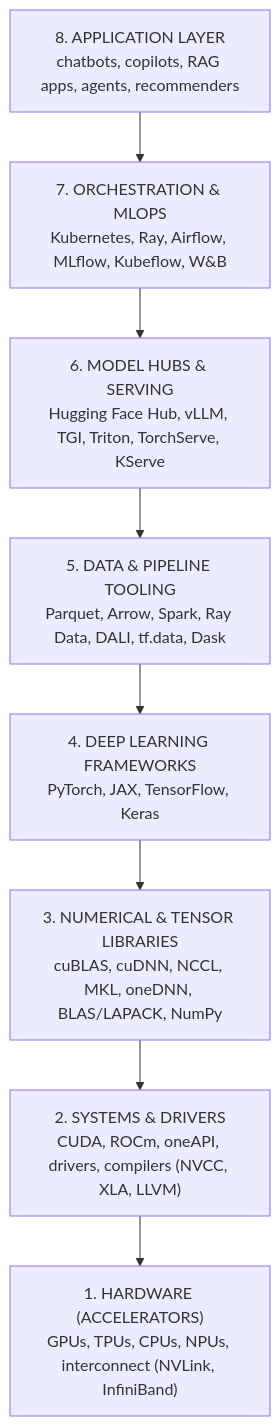
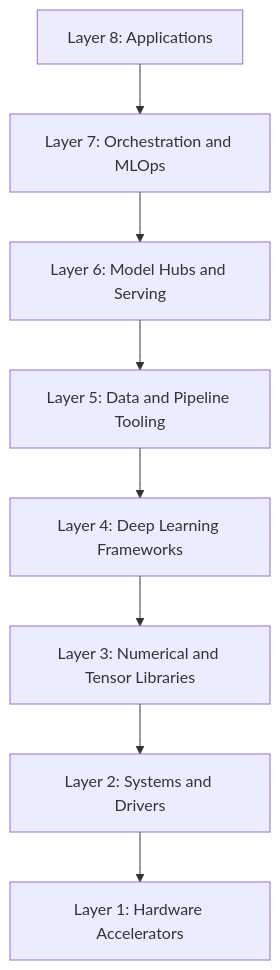
Before and after one commit to mikenguyen13/ai_in_action: the diagram in 011-ai-technology-stack.qmd, drawn with Mermaid. The commit also changed other lines of this file and 3 other files, not shown here.

Commit message:
Fix tech-stack Mermaid: remove special chars from node labels that blocked client-side rendering, move tool detail to a table

````diff
--- a/011-ai-technology-stack.qmd
+++ b/011-ai-technology-stack.qmd
@@ -15,12 +15,12 @@
 ```{mermaid}
 flowchart TD
-    L8["8. APPLICATION LAYER<br/>chatbots, copilots, RAG apps, agents, recommenders"]
-    L7["7. ORCHESTRATION & MLOPS<br/>Kubernetes, Ray, Airflow, MLflow, Kubeflow, W&B"]
-    L6["6. MODEL HUBS & SERVING<br/>Hugging Face Hub, vLLM, TGI, Triton, TorchServe, KServe"]
-    L5["5. DATA & PIPELINE TOOLING<br/>Parquet, Arrow, Spark, Ray Data, DALI, tf.data, Dask"]
-    L4["4. DEEP LEARNING FRAMEWORKS<br/>PyTorch, JAX, TensorFlow, Keras"]
-    L3["3. NUMERICAL & TENSOR LIBRARIES<br/>cuBLAS, cuDNN, NCCL, MKL, oneDNN, BLAS/LAPACK, NumPy"]
-    L2["2. SYSTEMS & DRIVERS<br/>CUDA, ROCm, oneAPI, drivers, compilers (NVCC, XLA, LLVM)"]
-    L1["1. HARDWARE (ACCELERATORS)<br/>GPUs, TPUs, CPUs, NPUs, interconnect (NVLink, InfiniBand)"]
+    L8["Layer 8: Applications"]
+    L7["Layer 7: Orchestration and MLOps"]
+    L6["Layer 6: Model Hubs and Serving"]
+    L5["Layer 5: Data and Pipeline Tooling"]
+    L4["Layer 4: Deep Learning Frameworks"]
+    L3["Layer 3: Numerical and Tensor Libraries"]
+    L2["Layer 2: Systems and Drivers"]
+    L1["Layer 1: Hardware Accelerators"]
     L8 --> L7 --> L6 --> L5 --> L4 --> L3 --> L2 --> L1
 ```
````
